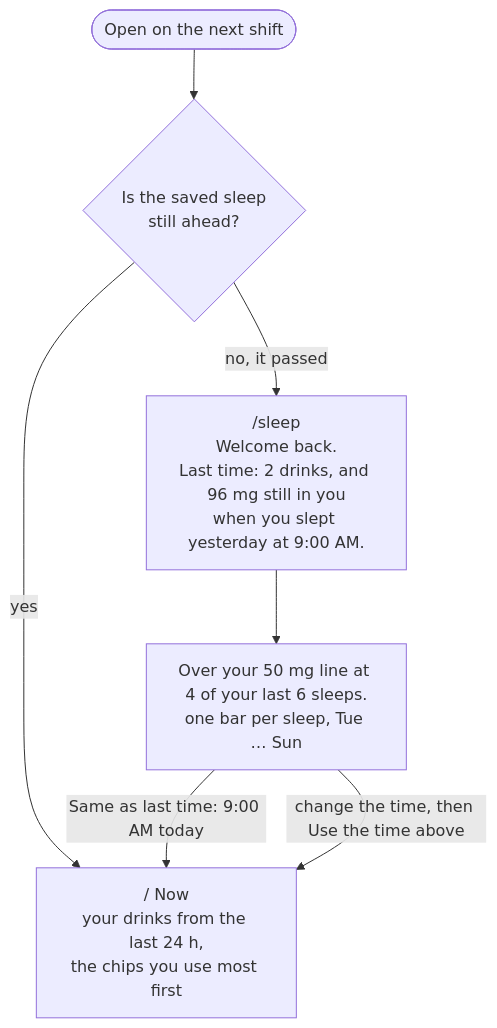
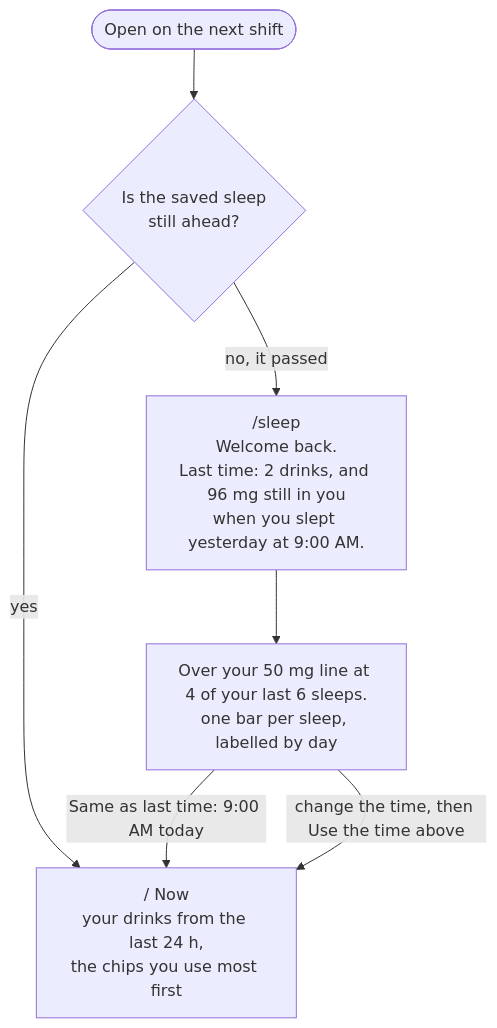
Before and after one commit to nocturnalvigilante/design_ship_build_homework_3: the fifth of 5 diagrams in README.md, drawn with Mermaid. The commit also changed other lines of this file and 3 other files, not shown here.

````diff
--- a/README.md
+++ b/README.md
@@ -114,9 +129,9 @@
 ```mermaid
 flowchart TD
   A([Open on the next shift]) --> B{"Is the saved sleep<br/>still ahead?"}
   B -- "yes" --> N["/ Now<br/>your drinks from the last 24 h,<br/>the chips you use most first"]
   B -- "no, it passed" --> S["/sleep<br/>Welcome back.<br/>Last time: 2 drinks, and 96 mg still in you<br/>when you slept yesterday at 9:00 AM."]
-  S --> P["Over your 50 mg line at 4 of your last 6 sleeps.<br/>one bar per sleep, Tue … Sun"]
+  S --> P["Over your 50 mg line at 4 of your last 6 sleeps.<br/>one bar per sleep, labelled by day"]
   P -- "Same as last time: 9:00 AM today" --> N
   P -- "change the time, then Use the time above" --> N
 ```
````
